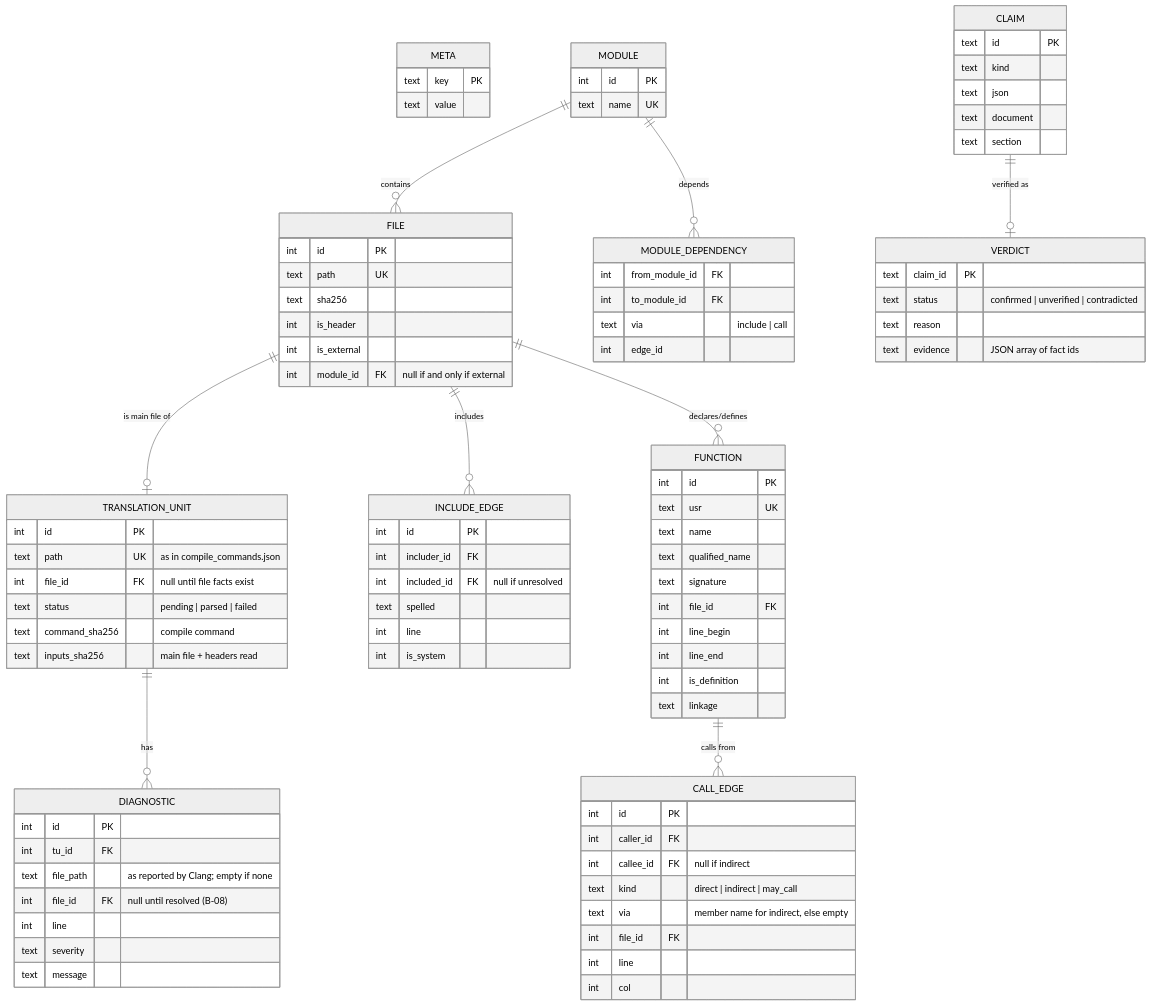
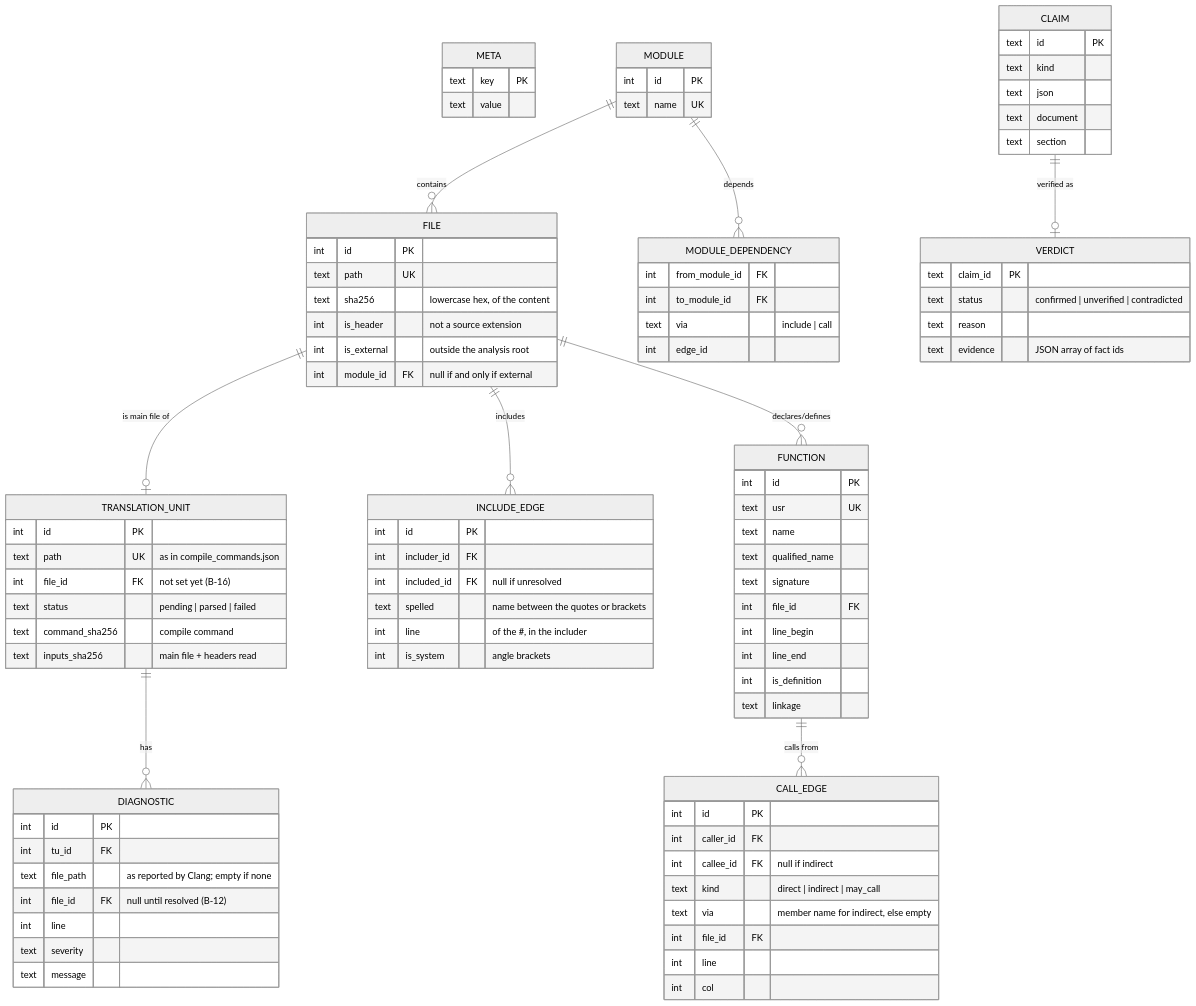
Before and after one commit to Tomek52/legacy-cartographer: the diagram in docs/architecture/data-model.md, drawn with Mermaid (neutral theme). The commit also changed other lines of this file and 24 other files, not shown here.

First line of the commit message:
feat(analysis): record file and include facts

```diff
--- a/docs/architecture/data-model.md
+++ b/docs/architecture/data-model.md
@@ -13,7 +15,7 @@
     TRANSLATION_UNIT {
         int id PK
         text path UK "as in compile_commands.json"
-        int file_id FK "null until file facts exist"
+        int file_id FK "not set yet (B-16)"
         text status "pending | parsed | failed"
         text command_sha256 "compile command"
         text inputs_sha256 "main file + headers read"
@@ -22,7 +24,7 @@
         int id PK
         int tu_id FK
         text file_path "as reported by Clang; empty if none"
-        int file_id FK "null until resolved (B-08)"
+        int file_id FK "null until resolved (B-12)"
         int line
         text severity
         text message
@@ -34,18 +36,18 @@
     FILE {
         int id PK
         text path UK
-        text sha256
-        int is_header
-        int is_external
+        text sha256 "lowercase hex, of the content"
+        int is_header "not a source extension"
+        int is_external "outside the analysis root"
         int module_id FK "null if and only if external"
     }
     INCLUDE_EDGE {
         int id PK
         int includer_id FK
         int included_id FK "null if unresolved"
-        text spelled
-        int line
-        int is_system
+        text spelled "name between the quotes or brackets"
+        int line "of the #, in the includer"
+        int is_system "angle brackets"
     }
     FUNCTION {
         int id PK
```
